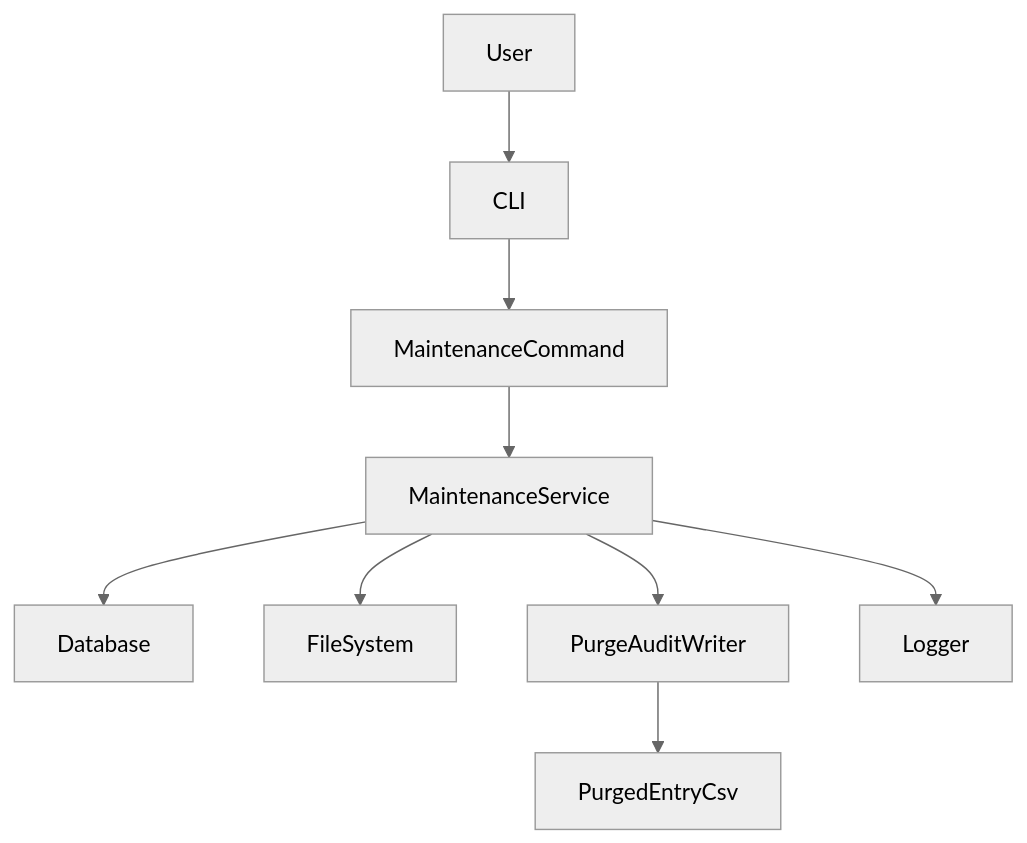
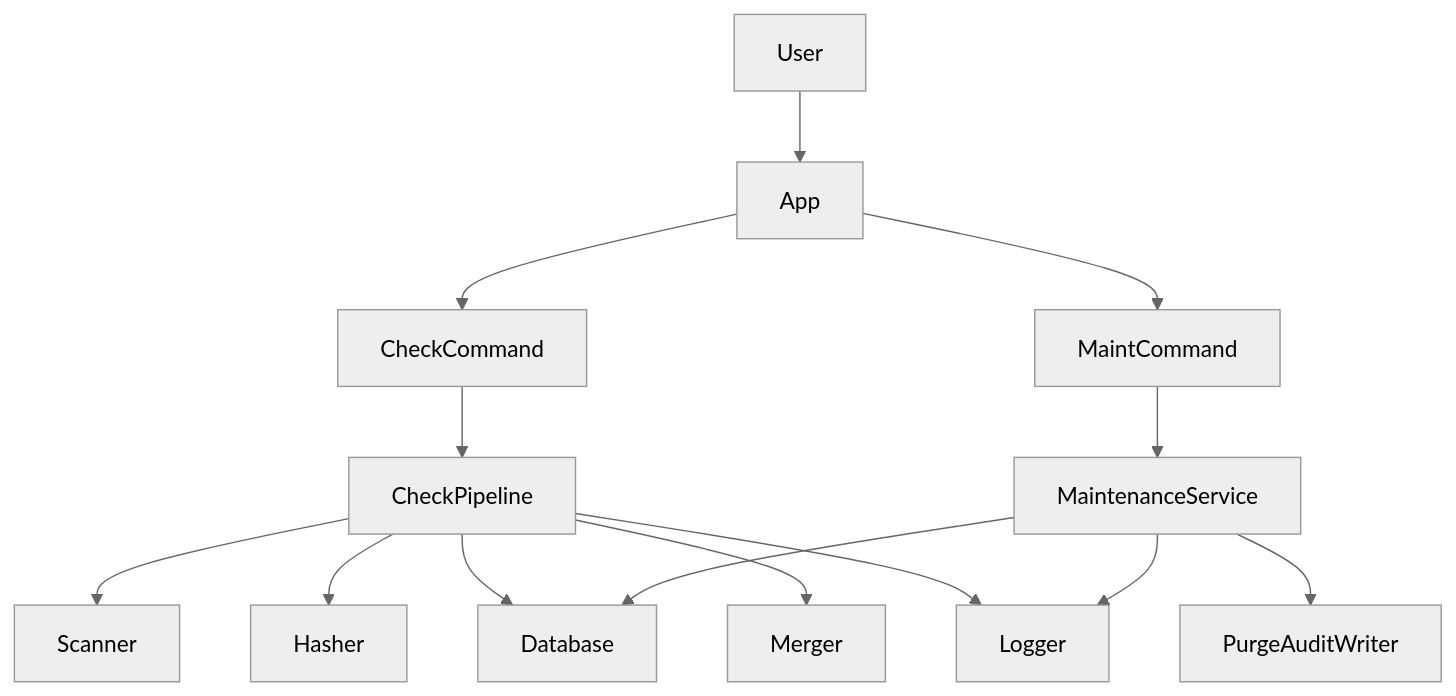
The first of 2 diagrams in .kiro/specs/maintenance-subcommand/design.md (yukinext/duplicate_filechecker), drawn with Mermaid (neutral theme) before and after one commit. The commit also changed other lines of this file and 3 other files, not shown here.

Commit message:
/kiro-spec-design サブコマンドのmaintenanceも、Typerで実装してください。コマンド名は `maint` これまでのファイル重複チェック機能もサブコマンド `check` にしてください。

````diff
--- a/.kiro/specs/maintenance-subcommand/design.md
+++ b/.kiro/specs/maintenance-subcommand/design.md
@@ -57,11 +55,16 @@
 ```mermaid
 graph TB
-  User --> CLI
-  CLI --> MaintenanceCommand
-  MaintenanceCommand --> MaintenanceService
+  User --> App
+  App --> CheckCommand
+  App --> MaintCommand
+  CheckCommand --> CheckPipeline
+  CheckPipeline --> Scanner
+  CheckPipeline --> Hasher
+  CheckPipeline --> Database
+  CheckPipeline --> Merger
+  CheckPipeline --> Logger
+  MaintCommand --> MaintenanceService
   MaintenanceService --> Database
-  MaintenanceService --> FileSystem
   MaintenanceService --> PurgeAuditWriter
   MaintenanceService --> Logger
-  PurgeAuditWriter --> PurgedEntryCsv
 ```
````
